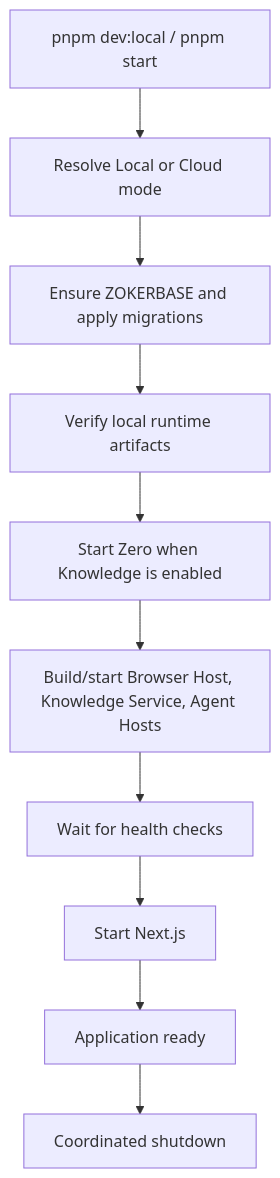
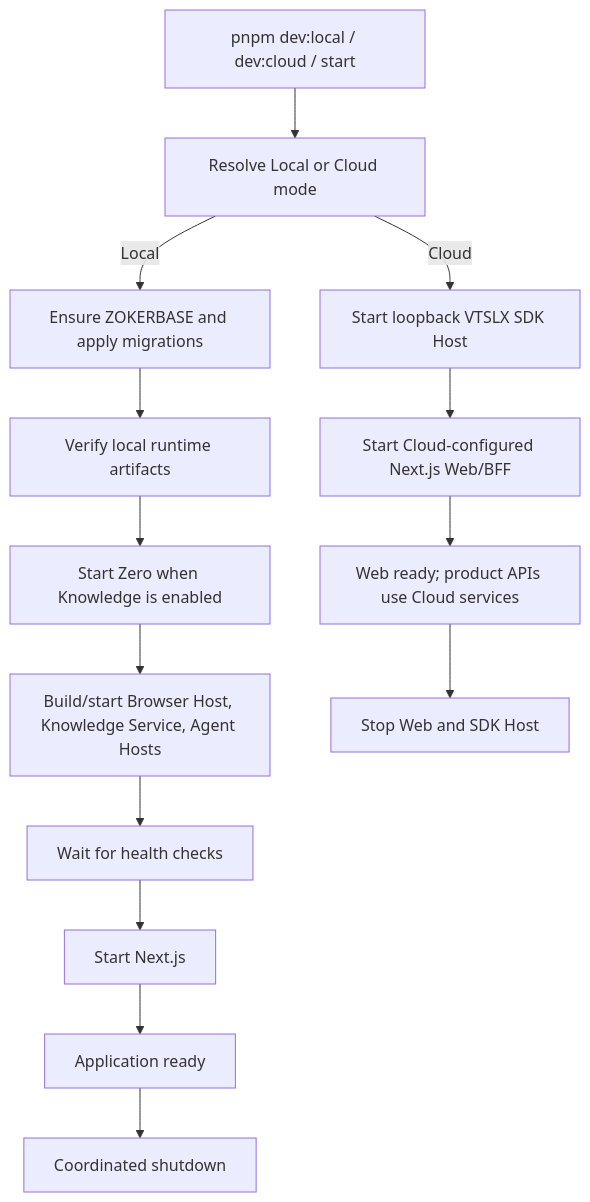
The first of 2 diagrams in docs/architecture/standards/04-runtime-lifecycle.md (Zorker-Tech/OpenLink), drawn with Mermaid before and after one commit. The commit also changed other lines of this file and 91 other files, not shown here.

````diff
--- a/docs/architecture/standards/04-runtime-lifecycle.md
+++ b/docs/architecture/standards/04-runtime-lifecycle.md
@@ -8,12 +8,16 @@
 ```mermaid
 flowchart TD
-  Start["pnpm dev:local / pnpm start"] --> Mode["Resolve Local or Cloud mode"]
-  Mode --> Data["Ensure ZOKERBASE and apply migrations"]
+  Start["pnpm dev:local / dev:cloud / start"] --> Mode["Resolve Local or Cloud mode"]
+  Mode -->|Local| Data["Ensure ZOKERBASE and apply migrations"]
   Data --> Artifacts["Verify local runtime artifacts"]
   Artifacts --> Zero["Start Zero when Knowledge is enabled"]
   Zero --> Services["Build/start Browser Host, Knowledge Service, Agent Hosts"]
   Services --> Health["Wait for health checks"]
   Health --> Web["Start Next.js"]
   Web --> Ready["Application ready"]
   Ready --> Shutdown["Coordinated shutdown"]
+  Mode -->|Cloud| CloudHost["Start loopback VTSLX SDK Host"]
+  CloudHost --> CloudWeb["Start Cloud-configured Next.js Web/BFF"]
+  CloudWeb --> CloudReady["Web ready; product APIs use Cloud services"]
+  CloudReady --> CloudShutdown["Stop Web and SDK Host"]
 ```
````
